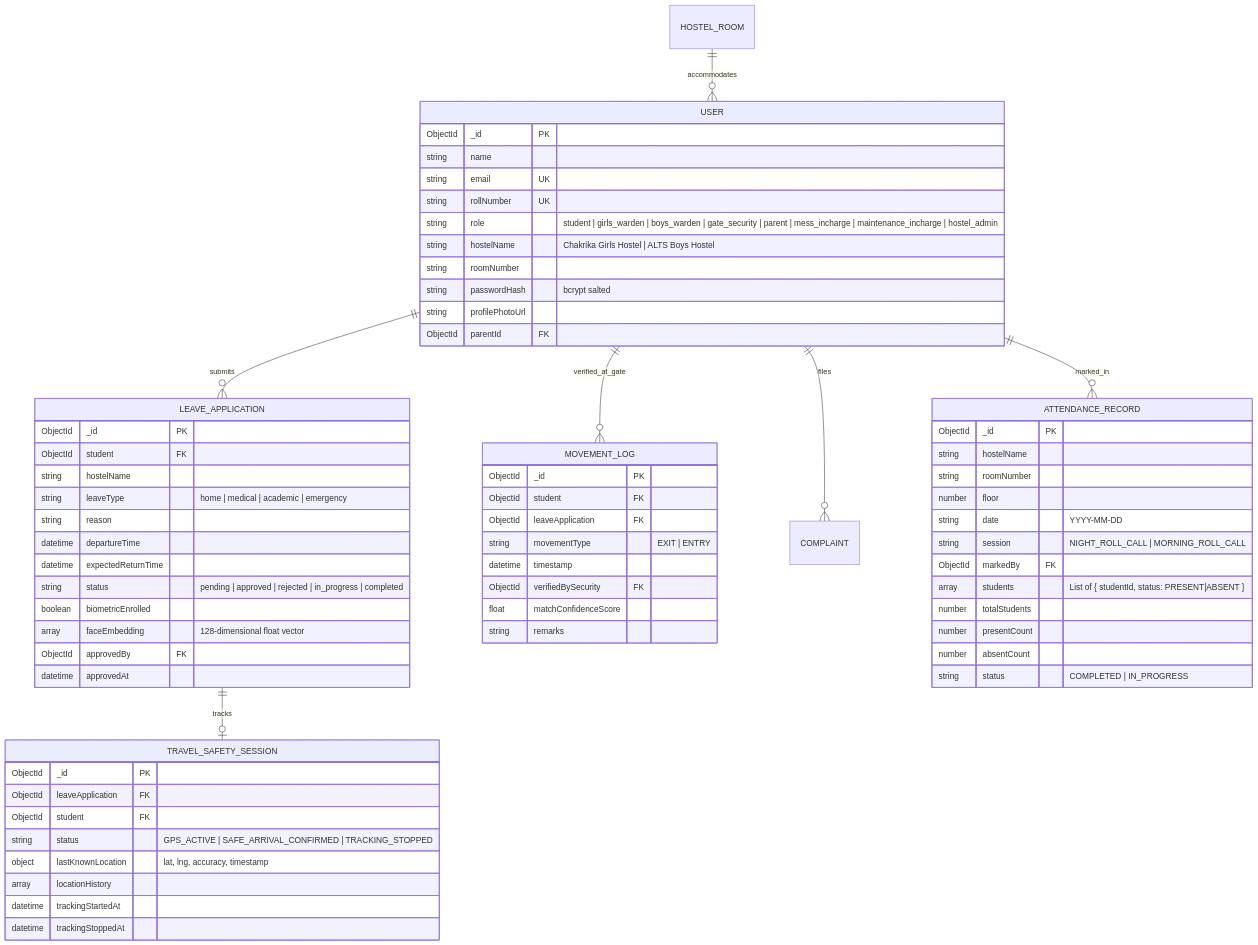
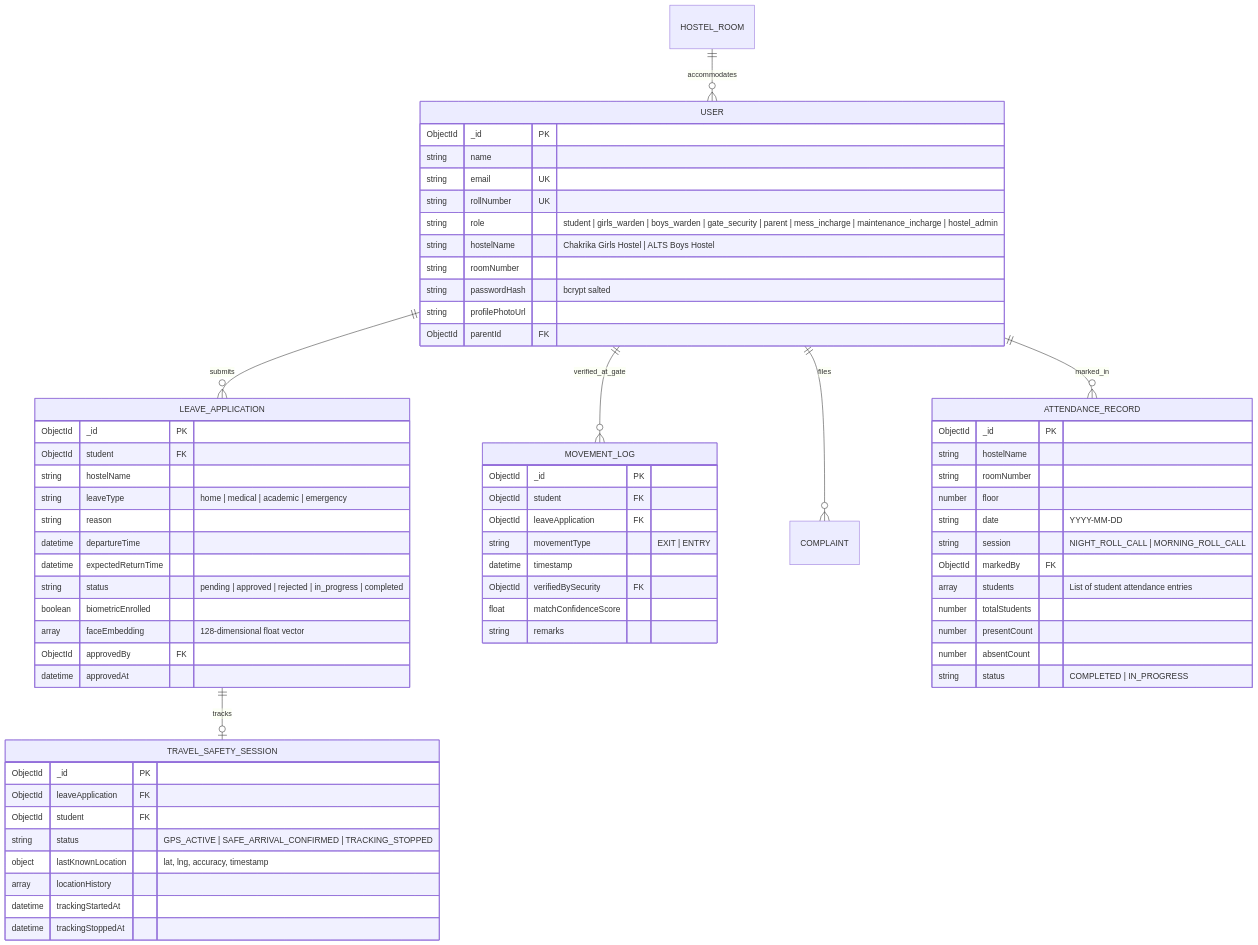
Before and after one commit to kolimimohammadAdil/Hostel_Management_System: the second of 3 diagrams in README.md, drawn with Mermaid. The commit also changed other lines of this file, not shown here.

Commit message:
Fix Mermaid diagram syntax in README for GitHub compatibility

````diff
--- a/README.md
+++ b/README.md
@@ -645,74 +645,74 @@
 ```mermaid
 erDiagram
     USER ||--o{ LEAVE_APPLICATION : submits
     USER ||--o{ MOVEMENT_LOG : verified_at_gate
     USER ||--o{ COMPLAINT : files
     USER ||--o{ ATTENDANCE_RECORD : marked_in
     LEAVE_APPLICATION ||--o| TRAVEL_SAFETY_SESSION : tracks
     HOSTEL_ROOM ||--o{ USER : accommodates
 
     USER {
         ObjectId _id PK
         string name
         string email UK
         string rollNumber UK
         string role "student | girls_warden | boys_warden | gate_security | parent | mess_incharge | maintenance_incharge | hostel_admin"
         string hostelName "Chakrika Girls Hostel | ALTS Boys Hostel"
         string roomNumber
         string passwordHash "bcrypt salted"
         string profilePhotoUrl
         ObjectId parentId FK
     }
 
     LEAVE_APPLICATION {
         ObjectId _id PK
         ObjectId student FK
         string hostelName
         string leaveType "home | medical | academic | emergency"
         string reason
         datetime departureTime
         datetime expectedReturnTime
         string status "pending | approved | rejected | in_progress | completed"
         boolean biometricEnrolled
         array faceEmbedding "128-dimensional float vector"
         ObjectId approvedBy FK
         datetime approvedAt
     }
 
     MOVEMENT_LOG {
         ObjectId _id PK
         ObjectId student FK
         ObjectId leaveApplication FK
         string movementType "EXIT | ENTRY"
         datetime timestamp
         ObjectId verifiedBySecurity FK
         float matchConfidenceScore
         string remarks
     }
 
     ATTENDANCE_RECORD {
         ObjectId _id PK
         string hostelName
         string roomNumber
         number floor
         string date "YYYY-MM-DD"
         string session "NIGHT_ROLL_CALL | MORNING_ROLL_CALL"
         ObjectId markedBy FK
-        array students "List of { studentId, status: PRESENT|ABSENT }"
+        array students "List of student attendance entries"
         number totalStudents
         number presentCount
         number absentCount
         string status "COMPLETED | IN_PROGRESS"
     }
 
     TRAVEL_SAFETY_SESSION {
         ObjectId _id PK
         ObjectId leaveApplication FK
         ObjectId student FK
         string status "GPS_ACTIVE | SAFE_ARRIVAL_CONFIRMED | TRACKING_STOPPED"
         object lastKnownLocation "lat, lng, accuracy, timestamp"
         array locationHistory
         datetime trackingStartedAt
         datetime trackingStoppedAt
     }
 ```
````
